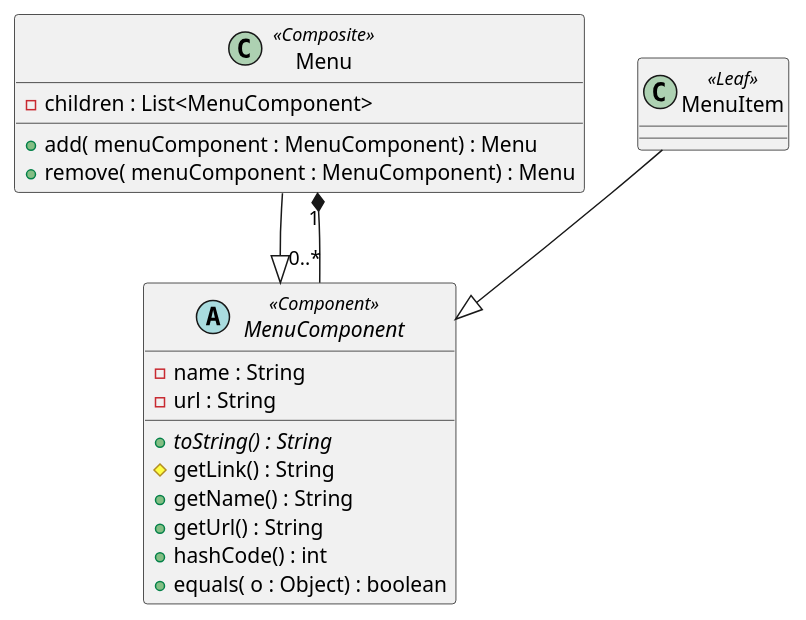
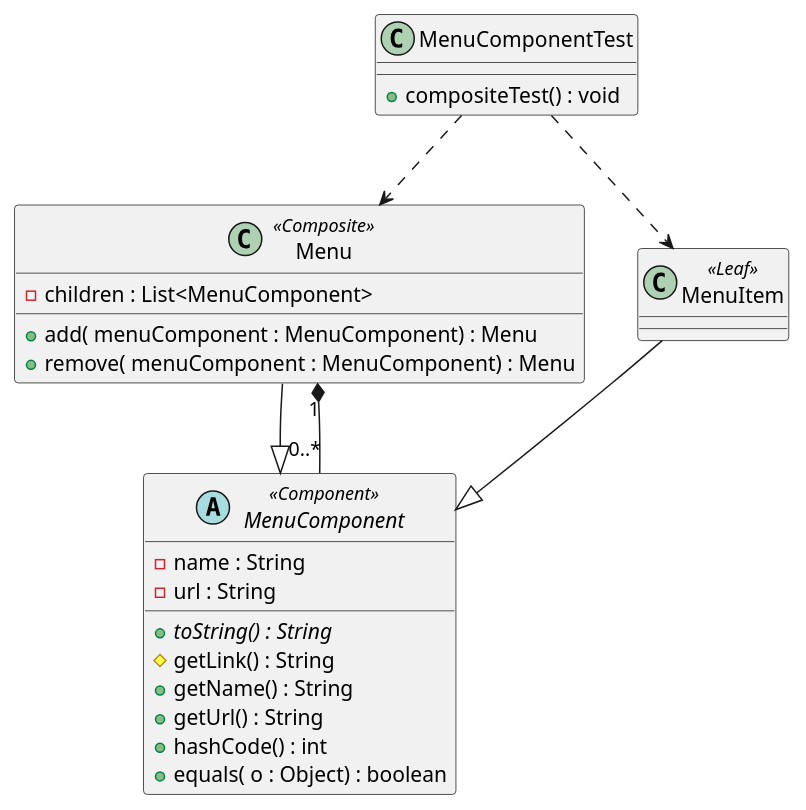
Before and after one commit to reza-hdrm/DesignPatterns: the diagram in src/main/java/com/rezahdrm/structural/composite/compositeUML.puml, drawn with PlantUML. The commit also changed 37 other files, not shown here.

```diff
--- a/src/main/java/com/rezahdrm/structural/composite/compositeUML.puml
+++ b/src/main/java/com/rezahdrm/structural/composite/compositeUML.puml
@@ -1,27 +1,32 @@
 @startuml
 
-abstract class MenuComponent <<Component>>{
+abstract class MenuComponent <<Component>> {
     - name : String
     - url : String
     + {abstract} toString() : String
     # getLink() : String
     + getName() : String
     + getUrl() : String
     + hashCode() : int
     + equals( o : Object) : boolean
 }
 
-class Menu <<Composite>>{
+class Menu <<Composite>> {
     - children : List<MenuComponent>
     + add( menuComponent : MenuComponent) : Menu
     + remove( menuComponent : MenuComponent) : Menu
 }
 
-class MenuItem <<Leaf>>{
+class MenuItem <<Leaf>>
 
+class MenuComponentTest {
+    + compositeTest() : void
 }
 
 Menu --|> MenuComponent
 Menu "1"*--"0..*" MenuComponent
 MenuItem --|> MenuComponent
+MenuComponentTest ..> Menu
+MenuComponentTest ..> MenuItem
+
 @enduml
```
